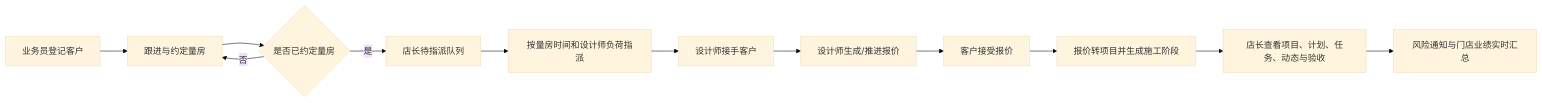
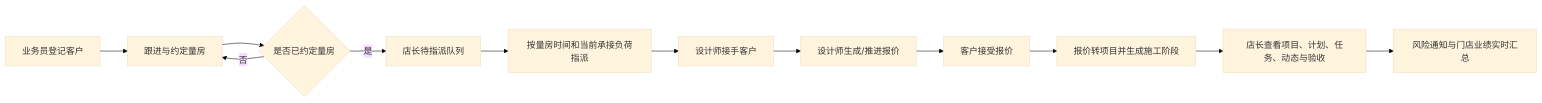
Before and after one commit to th4-edge/th4-decoboon-app: the diagram in docs/06-店长视角业务闭环与交互.md, drawn with Mermaid (base theme). The commit also changed 13 other files, not shown here.

````diff
--- a/docs/06-店长视角业务闭环与交互.md
+++ b/docs/06-店长视角业务闭环与交互.md
@@ -50,14 +50,14 @@
 ```mermaid
 flowchart LR
   A[业务员登记客户] --> B[跟进与约定量房]
   B --> C{是否已约定量房}
   C -->|否| B
   C -->|是| D[店长待指派队列]
-  D --> E[按量房时间和设计师负荷指派]
+  D --> E[按量房时间和当前承接负荷指派]
   E --> F[设计师接手客户]
   F --> G[设计师生成/推进报价]
   G --> H[客户接受报价]
   H --> I[报价转项目并生成施工阶段]
   I --> J[店长查看项目、计划、任务、动态与验收]
   J --> K[风险通知与门店业绩实时汇总]
 ```
````
